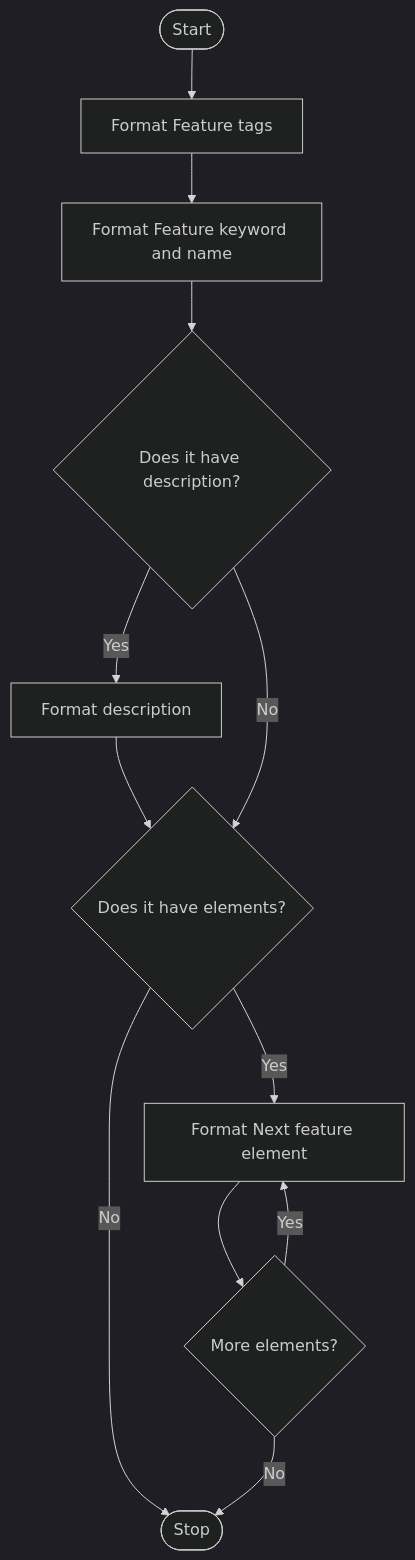
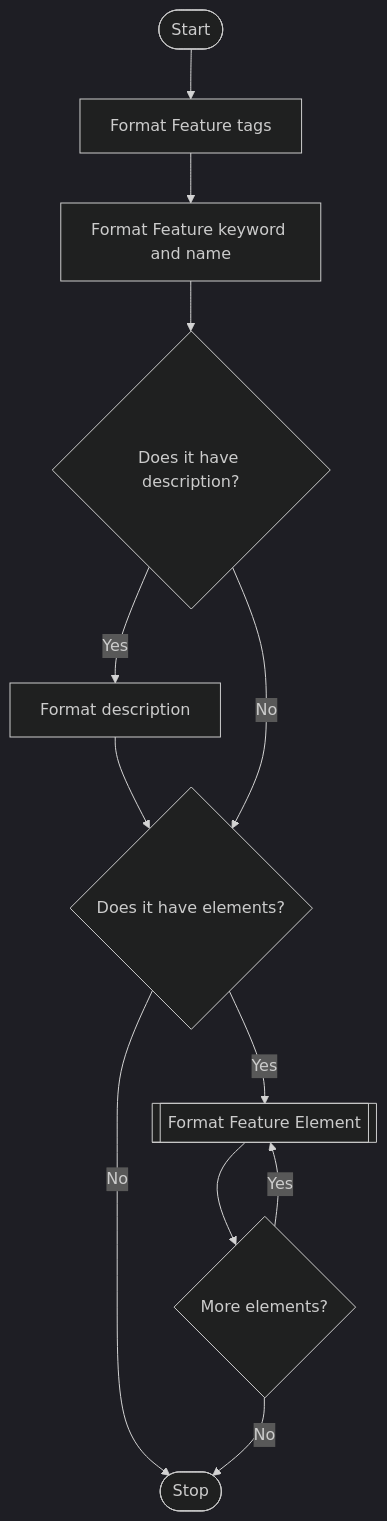
One commit to gherking/gherking-docs changed the third of 15 diagrams in src/mermaid.md. Above: the diagram before and after it, drawn with Mermaid (dark theme). The commit also changed other lines of this file, not shown here.

````diff
--- a/src/mermaid.md
+++ b/src/mermaid.md
@@ -26,14 +26,14 @@
 ```mermaid
 graph TD
 start([Start])
 --> tags[Format Feature tags]
 --> keywordAndName[Format Feature keyword and name]
 --> branch1{Does it have description?}
 -->|Yes| description[Format description] --> branch2
 branch1 -->|No| branch2{Does it have elements?}
-branch2 -->|Yes| D2[Format Next feature element]
+branch2 -->|Yes| D2[[Format Feature Element]]
 branch2 -->|No| stop
 D2 --> E2{More elements?}
 E2 --> |Yes| D2
 E2 --> |No| stop([Stop])
 ```
````
